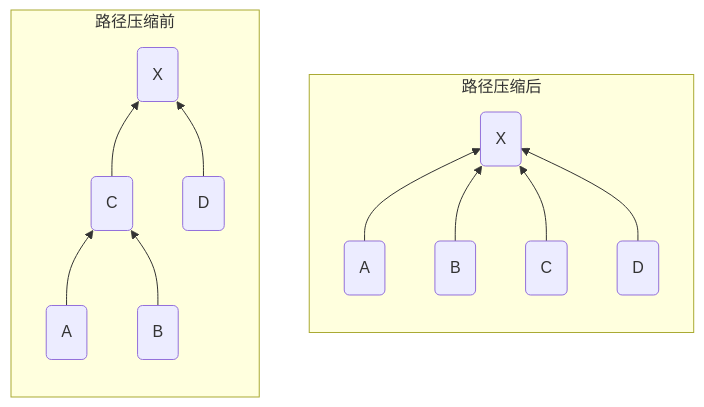
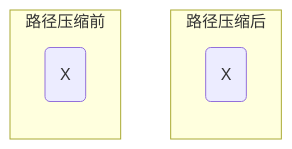
The fourth of 8 diagrams in DataStructures/Graph/2021-10-06-并查集与最小生成树.md (dmjcb/SelfBlog), drawn with Mermaid before and after one commit. The commit also changed other lines of this file and 224 other files, not shown here.

````diff
--- a/DataStructures/Graph/2021-10-06-并查集与最小生成树.md
+++ b/DataStructures/Graph/2021-10-06-并查集与最小生成树.md
@@ -93,22 +88,14 @@
 ```mermaid
 graph BT;
     subgraph 路径压缩后
     direction BT
         X1(X)
 
-        a1(A)-->X1
-        b1(B)-->X1
-        c1(C)-->X1
-        d1(D)-->X1
     end
 
     subgraph 路径压缩前
     direction BT
         X(X)
 
-        a(A)-->c(C)
-        b(B)-->c(C)
-        c(C)-->X
-        d(D)-->X
     end
 ```
````
